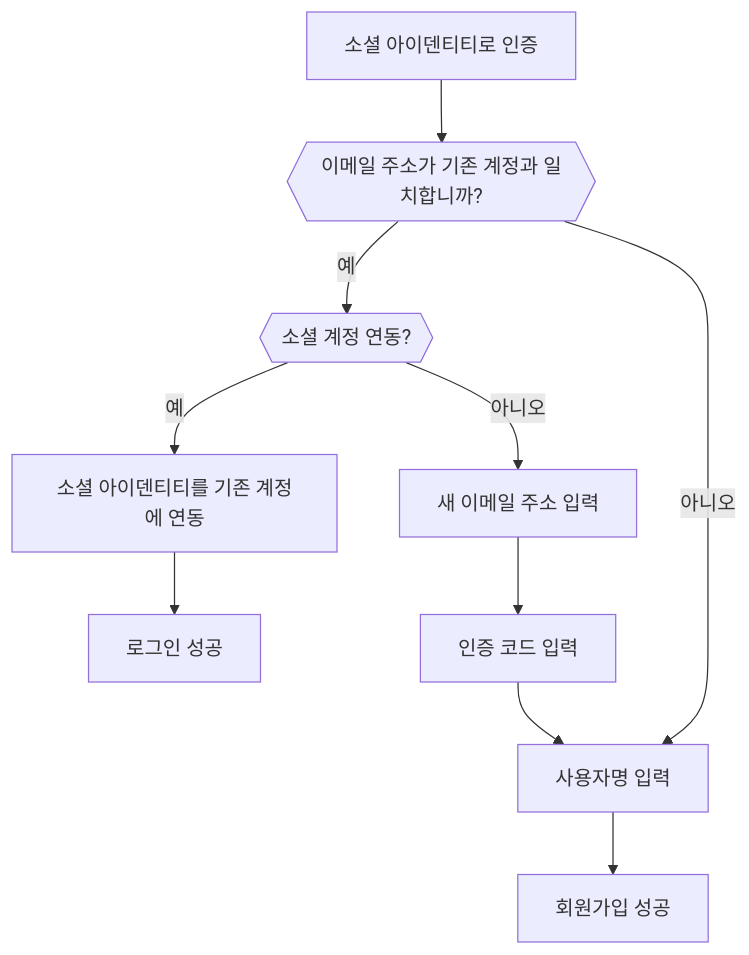
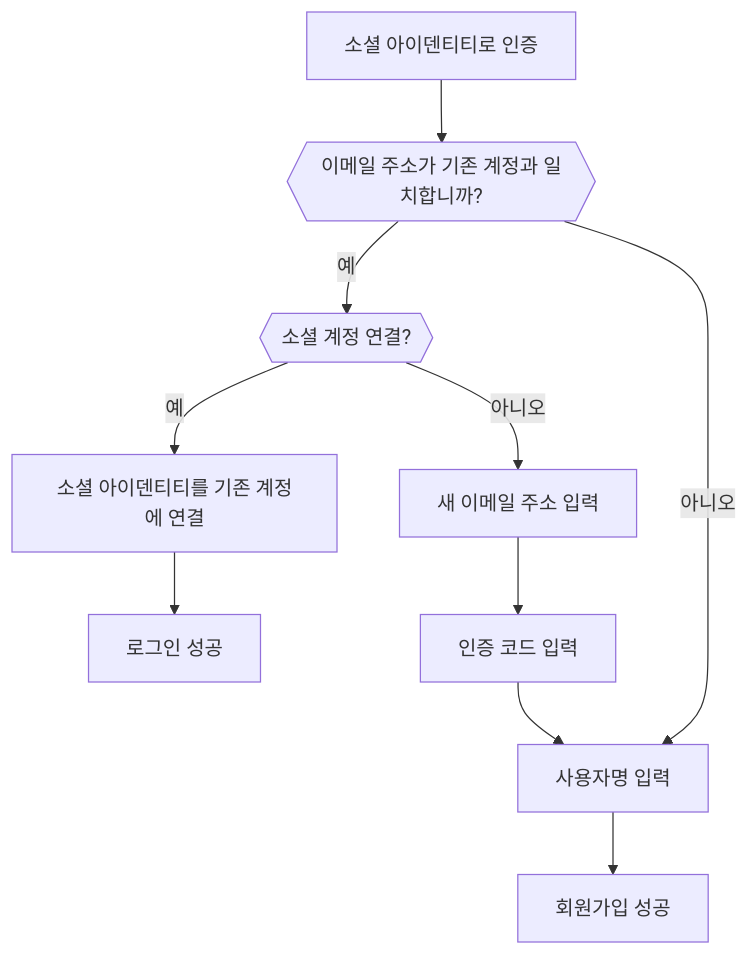
One commit to logto-io/docs changed the fifth of 6 diagrams in i18n/ko/docusaurus-plugin-content-docs/current/end-user-flows/sign-up-and-sign-in/social-sign-in.mdx. Above: the diagram before and after it, drawn with Mermaid. The commit also changed other lines of this file and 666 other files, not shown here.

````diff
--- a/i18n/ko/docusaurus-plugin-content-docs/current/end-user-flows/sign-up-and-sign-in/social-sign-in.mdx
+++ b/i18n/ko/docusaurus-plugin-content-docs/current/end-user-flows/sign-up-and-sign-in/social-sign-in.mdx
@@ -142,12 +142,12 @@
    ```mermaid
       flowchart TD
        A[소셜 아이덴티티로 인증] --> B{{이메일 주소가 기존 계정과 일치합니까?}}
-       B -- 예 --> C{{소셜 계정 연동?}}
-       C -- 예 --> D[소셜 아이덴티티를 기존 계정에 연동]
+       B -- 예 --> C{{소셜 계정 연결?}}
+       C -- 예 --> D[소셜 아이덴티티를 기존 계정에 연결]
        D --> E[로그인 성공]
        C -- 아니오 --> F[새 이메일 주소 입력]
        F --> G[인증 코드 입력]
        G --> H[사용자명 입력]
        H --> I[회원가입 성공]
        B -- 아니오 --> H
    ```
````
